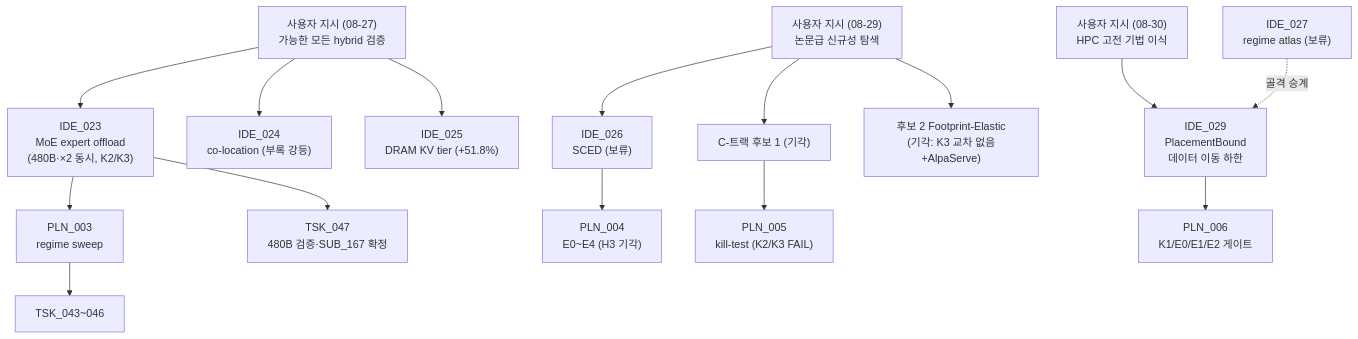
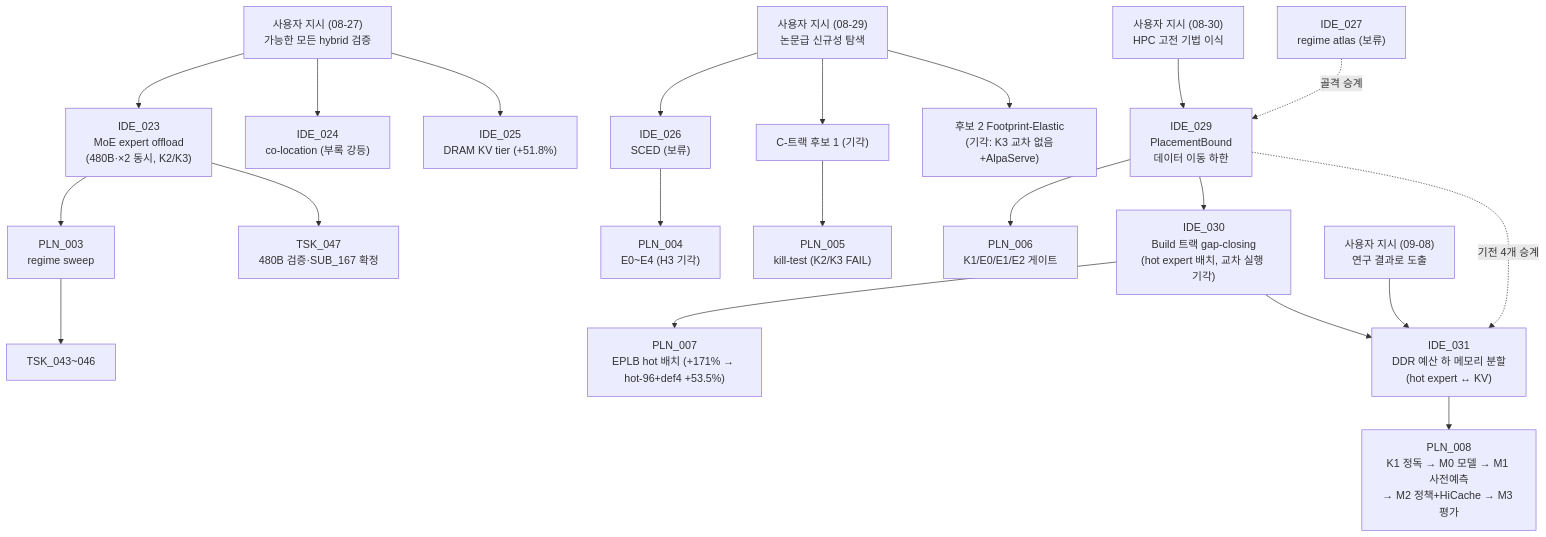
Before and after one commit to mystous/vllm_hybrid: the second of 2 diagrams in shadow_assists/README.md, drawn with Mermaid. The commit also changed 111 other files, not shown here.

First line of the commit message:
research(PLN_008): K1 판정(21/22편 전문) + M0 기계 모델 v2·파라미터 8종 + M1 12셀 사전 예측 등록 + IDE_030 hot-96/def4 결과 (+53.5%)

````diff
--- a/shadow_assists/README.md
+++ b/shadow_assists/README.md
@@ -270,17 +270,23 @@
 ```mermaid
 graph TD
     U27["사용자 지시 (08-27)<br/>가능한 모든 hybrid 검증"] --> IDE_023["IDE_023<br/>MoE expert offload<br/>(480B·×2 동시, K2/K3)"]
     U27 --> IDE_024["IDE_024<br/>co-location (부록 강등)"]
     U27 --> IDE_025["IDE_025<br/>DRAM KV tier (+51.8%)"]
     IDE_023 --> PLN_003["PLN_003<br/>regime sweep"]
     PLN_003 --> TSK_043["TSK_043~046"]
     IDE_023 --> TSK_047["TSK_047<br/>480B 검증·SUB_167 확정"]
     UN["사용자 지시 (08-29)<br/>논문급 신규성 탐색"] --> IDE_026["IDE_026<br/>SCED (보류)"]
     IDE_026 --> PLN_004["PLN_004<br/>E0~E4 (H3 기각)"]
     UN --> C1["C-트랙 후보 1 (기각)"]
     C1 --> PLN_005["PLN_005<br/>kill-test (K2/K3 FAIL)"]
     UN --> FP["후보 2 Footprint-Elastic<br/>(기각: K3 교차 없음+AlpaServe)"]
     UH["사용자 지시 (08-30)<br/>HPC 고전 기법 이식"] --> IDE_029["IDE_029<br/>PlacementBound<br/>데이터 이동 하한"]
     IDE_027["IDE_027<br/>regime atlas (보류)"] -.골격 승계.-> IDE_029
     IDE_029 --> PLN_006["PLN_006<br/>K1/E0/E1/E2 게이트"]
+    IDE_029 --> IDE_030["IDE_030<br/>Build 트랙 gap-closing<br/>(hot expert 배치, 교차 실행 기각)"]
+    IDE_030 --> PLN_007["PLN_007<br/>EPLB hot 배치 (+171% → hot-96+def4 +53.5%)"]
+    UP["사용자 지시 (09-08)<br/>연구 결과로 도출"] --> IDE_031["IDE_031<br/>DDR 예산 하 메모리 분할<br/>(hot expert ↔ KV)"]
+    IDE_030 --> IDE_031
+    IDE_029 -.기전 4개 승계.-> IDE_031
+    IDE_031 --> PLN_008["PLN_008<br/>K1 정독 → M0 모델 → M1 사전예측<br/>→ M2 정책+HiCache → M3 평가"]
 ```
````
